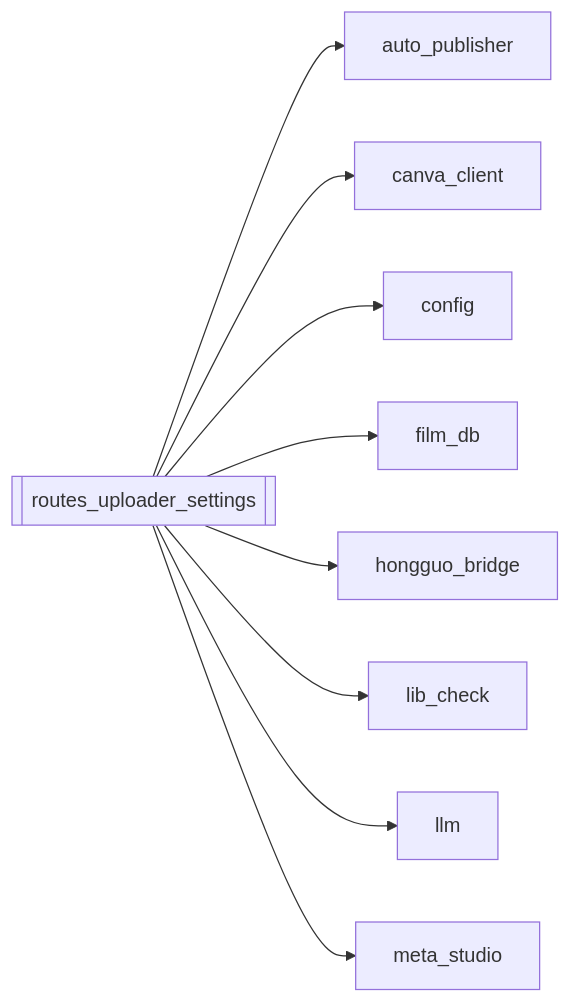
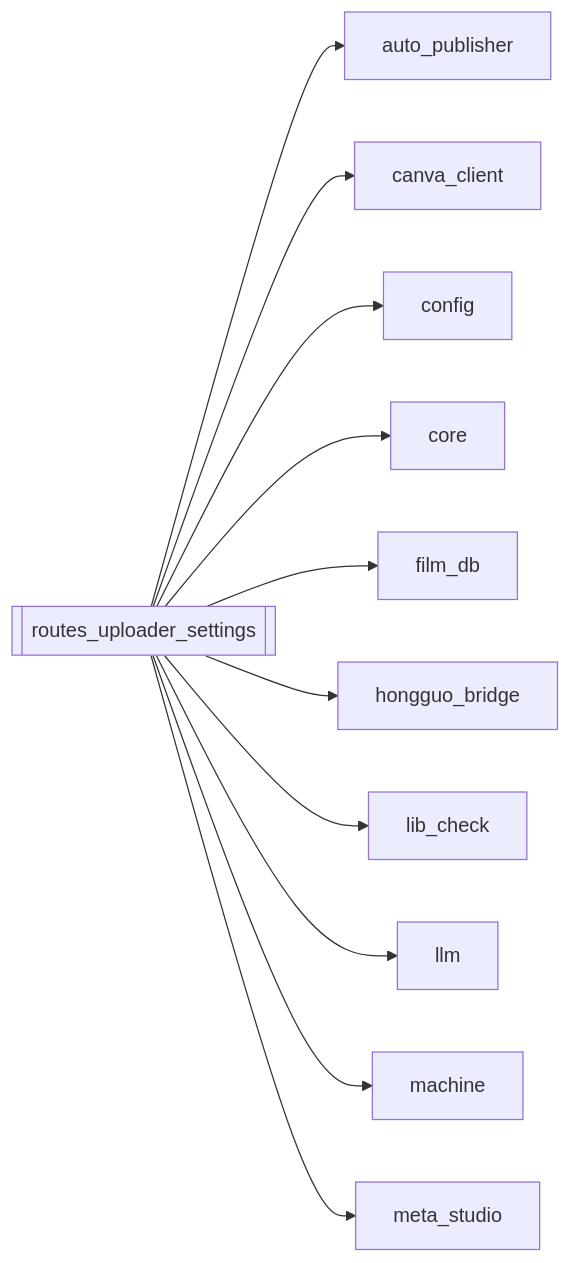
Before and after one commit to kjza178/PineLineV4: the diagram in docs/brain/modules/routes_uploader_settings.md, drawn with Mermaid. The commit also changed other lines of this file and 200 other files, not shown here.

````diff
--- a/docs/brain/modules/routes_uploader_settings.md
+++ b/docs/brain/modules/routes_uploader_settings.md
@@ -18,12 +18,14 @@
 ```mermaid
 flowchart LR
   routes_uploader_settings[[routes_uploader_settings]]
   routes_uploader_settings --> auto_publisher[auto_publisher]
   routes_uploader_settings --> canva_client[canva_client]
   routes_uploader_settings --> config[config]
+  routes_uploader_settings --> core[core]
   routes_uploader_settings --> film_db[film_db]
   routes_uploader_settings --> hongguo_bridge[hongguo_bridge]
   routes_uploader_settings --> lib_check[lib_check]
   routes_uploader_settings --> llm[llm]
+  routes_uploader_settings --> machine[machine]
   routes_uploader_settings --> meta_studio[meta_studio]
 ```
````
